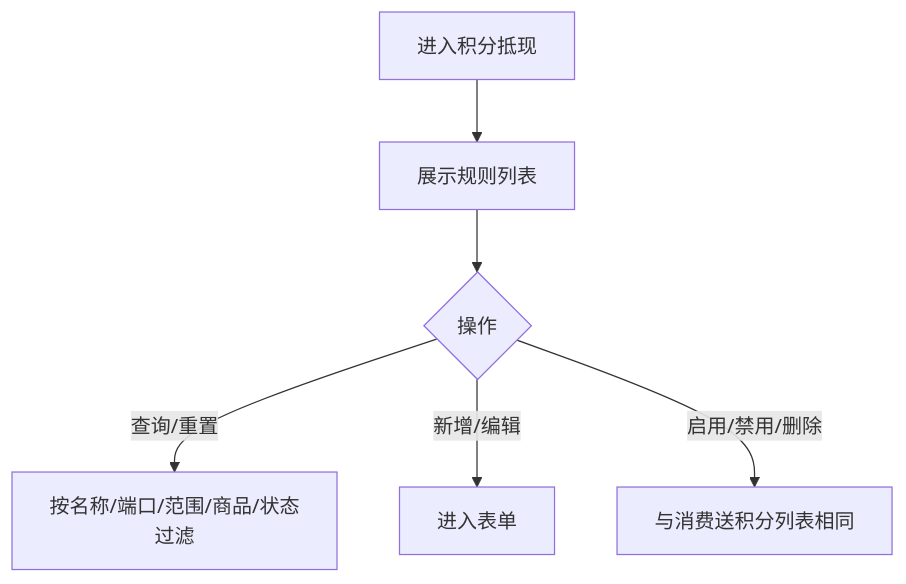
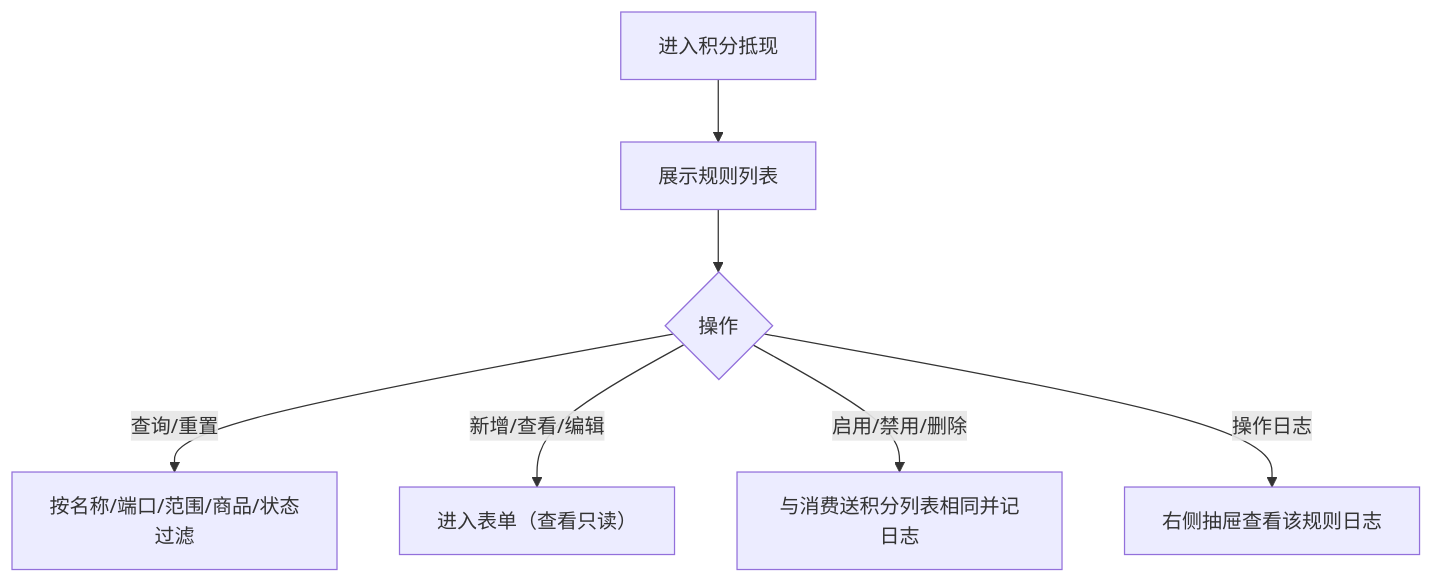
The fourth of 15 diagrams in prototype-prd/670-积分整体需求：积分规则、积分获取、积分抵现、积分明细、积分商城.md (342-droid/LFerp), drawn with Mermaid before and after one commit. The commit also changed other lines of this file and 40 other files, not shown here.

````diff
--- a/prototype-prd/670-积分整体需求：积分规则、积分获取、积分抵现、积分明细、积分商城.md
+++ b/prototype-prd/670-积分整体需求：积分规则、积分获取、积分抵现、积分明细、积分商城.md
@@ -271,8 +283,9 @@
 ```mermaid
 flowchart TD
   A[进入积分抵现] --> B[展示规则列表]
   B --> C{操作}
   C -->|查询/重置| D[按名称/端口/范围/商品/状态过滤]
-  C -->|新增/编辑| E[进入表单]
-  C -->|启用/禁用/删除| F[与消费送积分列表相同]
+  C -->|新增/查看/编辑| E[进入表单（查看只读）]
+  C -->|启用/禁用/删除| F[与消费送积分列表相同并记日志]
+  C -->|操作日志| G[右侧抽屉查看该规则日志]
 ```
````
